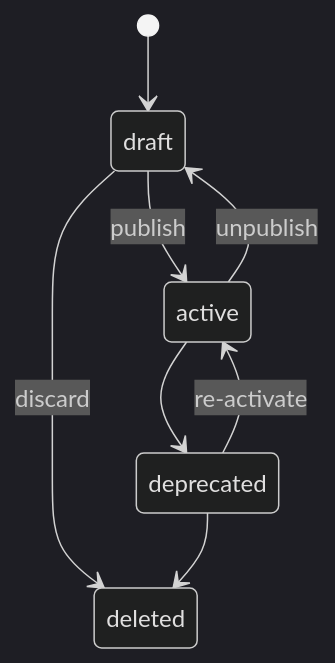
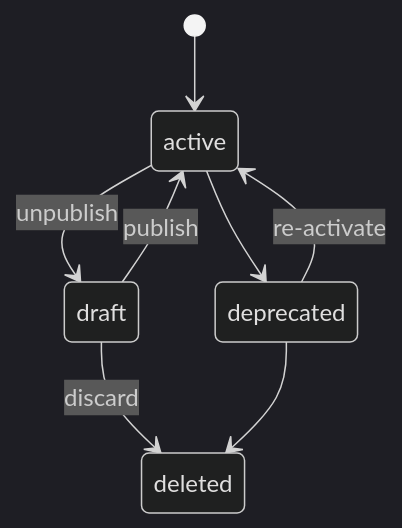
Before and after one commit to jwm4/rfcs: the second of 2 diagrams in rfcs/0008-mvp-skill-registry/0008-mvp-skill-registry.md, drawn with Mermaid (dark theme). The commit also changed other lines of this file and 1 other file, not shown here.

First line of the commit message:
Change default version status from draft to active

````diff
--- a/rfcs/0008-mvp-skill-registry/0008-mvp-skill-registry.md
+++ b/rfcs/0008-mvp-skill-registry/0008-mvp-skill-registry.md
@@ -581,10 +583,10 @@
 ```mermaid
 stateDiagram-v2
-    [*] --> draft
+    [*] --> active
+    active --> draft : unpublish
+    active --> deprecated
     draft --> active : publish
     draft --> deleted : discard
-    active --> draft : unpublish
-    active --> deprecated
     deprecated --> active : re-activate
     deprecated --> deleted
 ```
````
